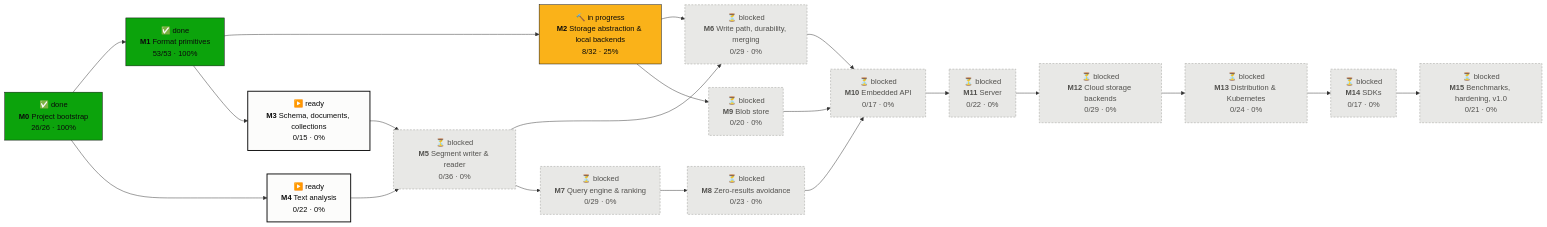
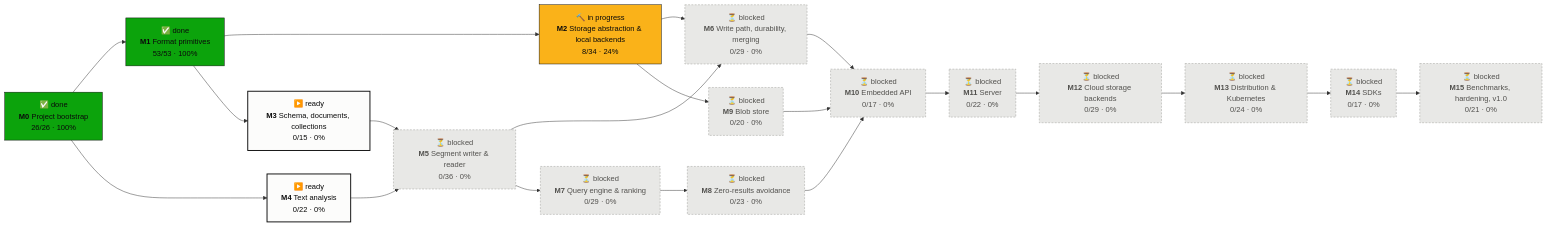
One commit to tomiok/persiaDB changed the first of 2 diagrams in PROGRESS.md. Above: the diagram before and after it, drawn with Mermaid. The commit also changed other lines of this file and 6 other files, not shown here.

````diff
--- a/PROGRESS.md
+++ b/PROGRESS.md
@@ -14,42 +14,42 @@
 ```mermaid
 flowchart LR
   M0["✅ done<br/><b>M0</b> Project bootstrap<br/>26/26 · 100%"]:::done
   M1["✅ done<br/><b>M1</b> Format primitives<br/>53/53 · 100%"]:::done
-  M2["🔨 in progress<br/><b>M2</b> Storage abstraction & local backends<br/>8/32 · 25%"]:::doing
+  M2["🔨 in progress<br/><b>M2</b> Storage abstraction & local backends<br/>8/34 · 24%"]:::doing
   M3["▶️ ready<br/><b>M3</b> Schema, documents, collections<br/>0/15 · 0%"]:::ready
   M4["▶️ ready<br/><b>M4</b> Text analysis<br/>0/22 · 0%"]:::ready
   M5["⏳ blocked<br/><b>M5</b> Segment writer & reader<br/>0/36 · 0%"]:::blocked
   M6["⏳ blocked<br/><b>M6</b> Write path, durability, merging<br/>0/29 · 0%"]:::blocked
   M7["⏳ blocked<br/><b>M7</b> Query engine & ranking<br/>0/29 · 0%"]:::blocked
   M8["⏳ blocked<br/><b>M8</b> Zero-results avoidance<br/>0/23 · 0%"]:::blocked
   M9["⏳ blocked<br/><b>M9</b> Blob store<br/>0/20 · 0%"]:::blocked
   M10["⏳ blocked<br/><b>M10</b> Embedded API<br/>0/17 · 0%"]:::blocked
   M11["⏳ blocked<br/><b>M11</b> Server<br/>0/22 · 0%"]:::blocked
   M12["⏳ blocked<br/><b>M12</b> Cloud storage backends<br/>0/29 · 0%"]:::blocked
   M13["⏳ blocked<br/><b>M13</b> Distribution & Kubernetes<br/>0/24 · 0%"]:::blocked
   M14["⏳ blocked<br/><b>M14</b> SDKs<br/>0/17 · 0%"]:::blocked
   M15["⏳ blocked<br/><b>M15</b> Benchmarks, hardening, v1.0<br/>0/21 · 0%"]:::blocked
   M0 --> M1
   M1 --> M2
   M1 --> M3
   M0 --> M4
   M3 --> M5
   M4 --> M5
   M2 --> M6
   M5 --> M6
   M5 --> M7
   M7 --> M8
   M2 --> M9
   M6 --> M10
   M8 --> M10
   M9 --> M10
   M10 --> M11
   M11 --> M12
   M12 --> M13
   M13 --> M14
   M14 --> M15
   classDef done fill:#0ca30c,stroke:#0b0b0b,color:#0b0b0b
   classDef doing fill:#fab219,stroke:#0b0b0b,color:#0b0b0b
   classDef ready fill:#fcfcfb,stroke:#0b0b0b,stroke-width:2px,color:#0b0b0b
   classDef blocked fill:#e8e8e6,stroke:#9a9a96,stroke-dasharray:4 3,color:#52514e
 ```
````
